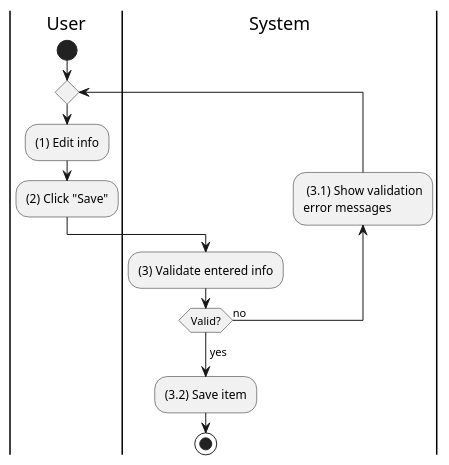
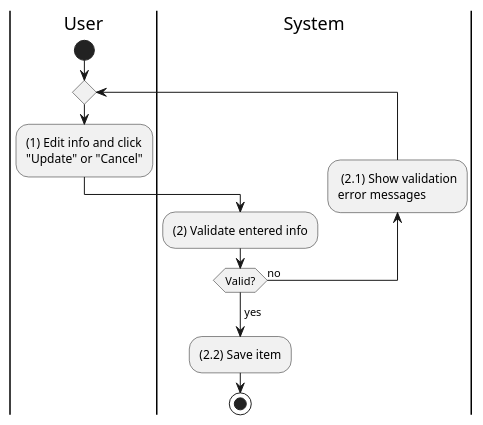
One commit to phihungha/scmss-reqs changed the diagram in activities/sales-order-update.plantuml. Above: the diagram before and after it, drawn with PlantUML. The commit also changed 7 other files, not shown here.

```diff
--- a/activities/sales-order-update.plantuml
+++ b/activities/sales-order-update.plantuml
@@ -1,18 +1,16 @@
 @startuml sales-order-update
 |u|User
 |s|System
 
 |u|
 start
 repeat
-    :(1) Edit info;
-    :(2) Click "Save";
-
+    :(1) Edit info and click\n"Update" or "Cancel";
     |s|
-    :(3) Validate entered info;
-    backward: (3.1) Show validation\nerror messages;
+    :(2) Validate entered info;
+    backward: (2.1) Show validation\nerror messages;
 repeat while (Valid?) is (no)
 ->yes;
-:(3.2) Save item;
+:(2.2) Save item;
 stop
 @enduml
```
